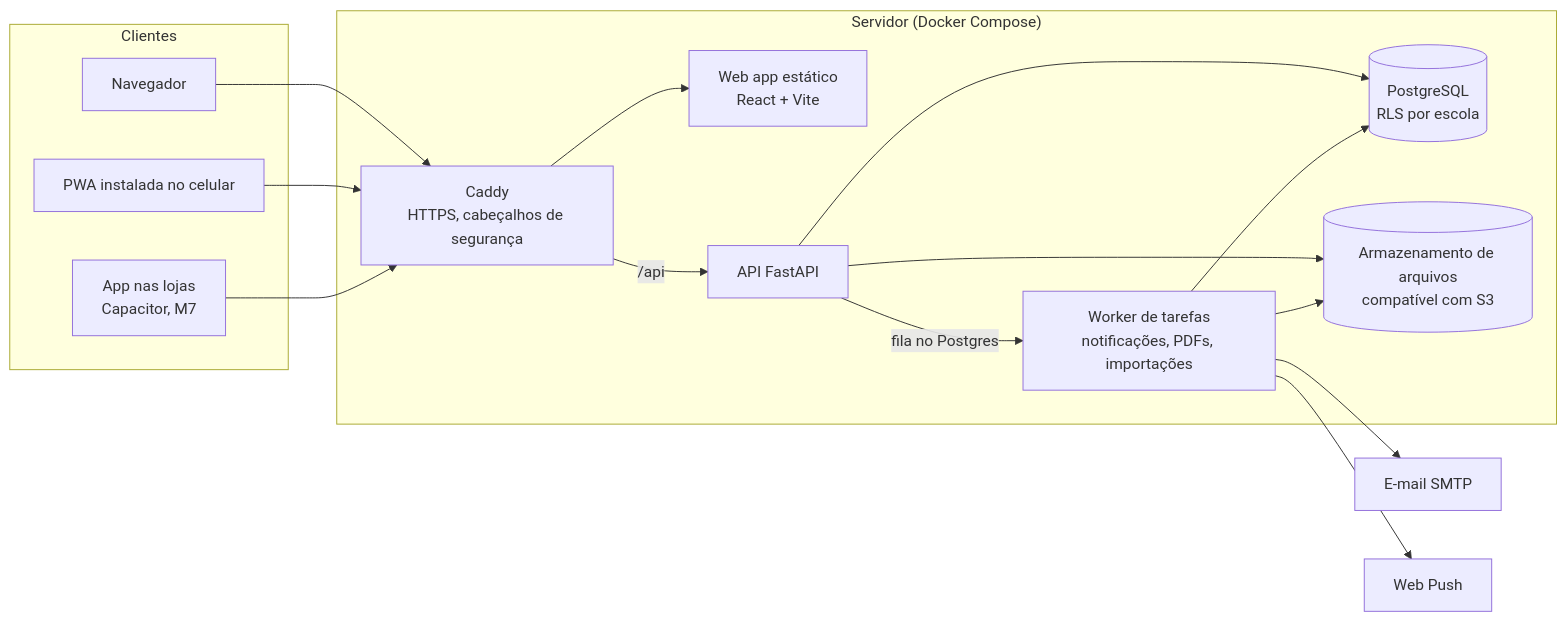
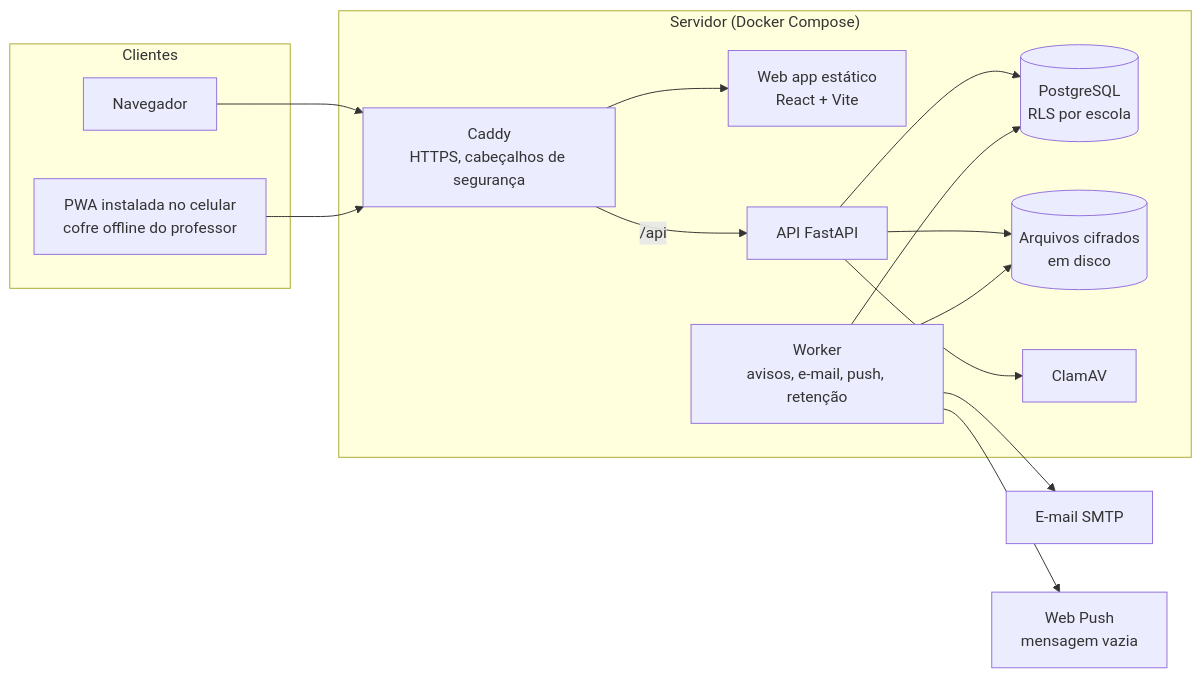
Before and after one commit to EttoreCSenatore/caderneta: the diagram in website/docs/tecnico/arquitetura.md, drawn with Mermaid. The commit also changed other lines of this file and 56 other files, not shown here.

````diff
--- a/website/docs/tecnico/arquitetura.md
+++ b/website/docs/tecnico/arquitetura.md
@@ -11,30 +11,29 @@
 ```mermaid
 flowchart LR
   subgraph Clientes
     B[Navegador]
-    P[PWA instalada no celular]
-    N[App nas lojas<br/>Capacitor, M7]
+    P[PWA instalada no celular<br/>cofre offline do professor]
   end
   subgraph Servidor["Servidor (Docker Compose)"]
     C[Caddy<br/>HTTPS, cabeçalhos de segurança]
     W[Web app estático<br/>React + Vite]
     A[API FastAPI]
-    J[Worker de tarefas<br/>notificações, PDFs, importações]
+    J[Worker<br/>avisos, e-mail, push, retenção]
     DB[(PostgreSQL<br/>RLS por escola)]
-    S[(Armazenamento de arquivos<br/>compatível com S3)]
+    S[(Arquivos cifrados<br/>em disco)]
+    AV[ClamAV]
   end
   E[E-mail SMTP]
-  WP[Web Push]
+  WP[Web Push<br/>mensagem vazia]
   B --> C
   P --> C
-  N --> C
   C --> W
   C -->|/api| A
   A --> DB
   A --> S
-  A -->|fila no Postgres| J
+  A --> AV
   J --> DB
   J --> S
   J --> E
   J --> WP
 ```
````
